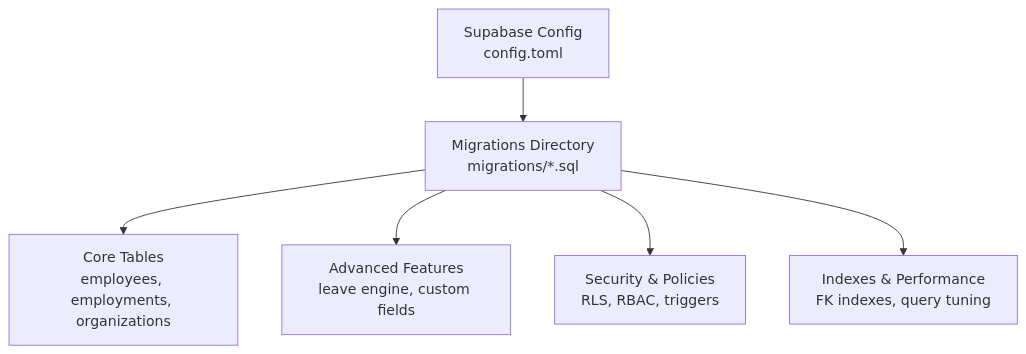
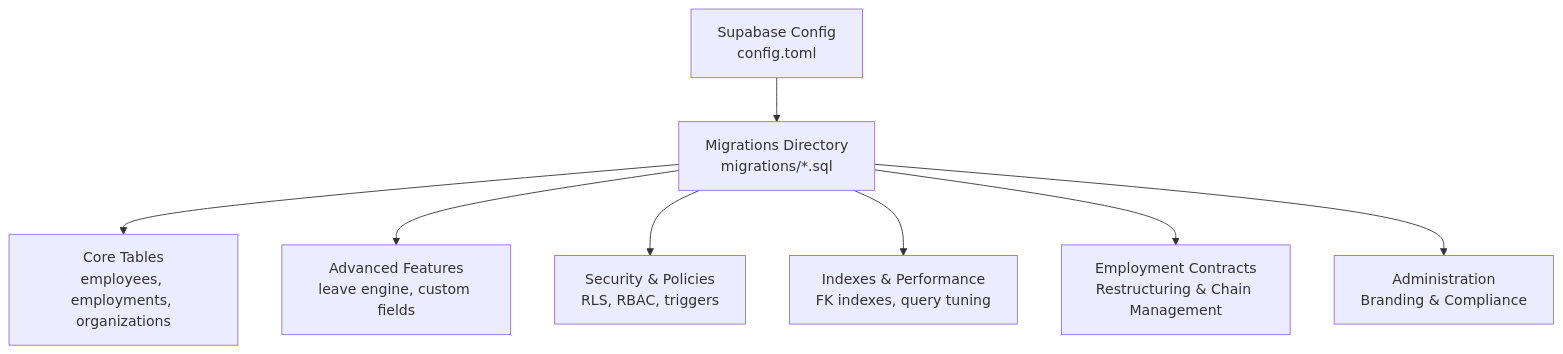
Before and after one commit to EdwinCycling/LiquidHR: the first of 9 diagrams in .qoder/repowiki/en/content/Technical Implementation/Database Design/Database Design.md, drawn with Mermaid. The commit also changed other lines of this file and 73 other files, not shown here.

````diff
--- a/.qoder/repowiki/en/content/Technical Implementation/Database Design/Database Design.md
+++ b/.qoder/repowiki/en/content/Technical Implementation/Database Design/Database Design.md
@@ -117,8 +135,10 @@
 ```mermaid
 graph TB
 A["Supabase Config<br/>config.toml"] --> B["Migrations Directory<br/>migrations/*.sql"]
 B --> C["Core Tables<br/>employees, employments, organizations"]
 B --> D["Advanced Features<br/>leave engine, custom fields"]
 B --> E["Security & Policies<br/>RLS, RBAC, triggers"]
 B --> F["Indexes & Performance<br/>FK indexes, query tuning"]
+B --> G["Employment Contracts<br/>Restructuring & Chain Management"]
+B --> H["Administration<br/>Branding & Compliance"]
 ```
````
